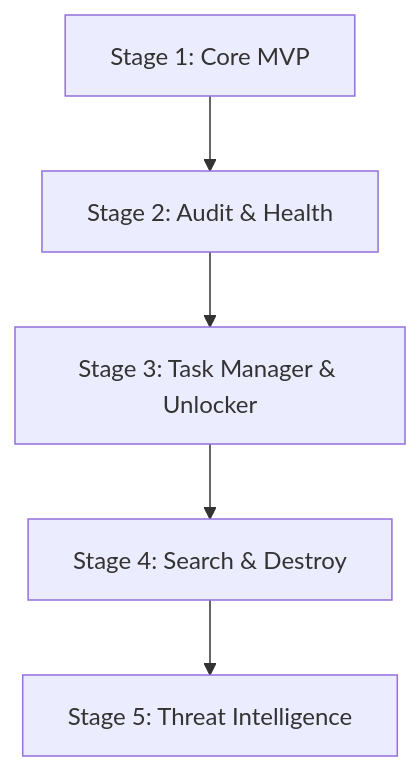
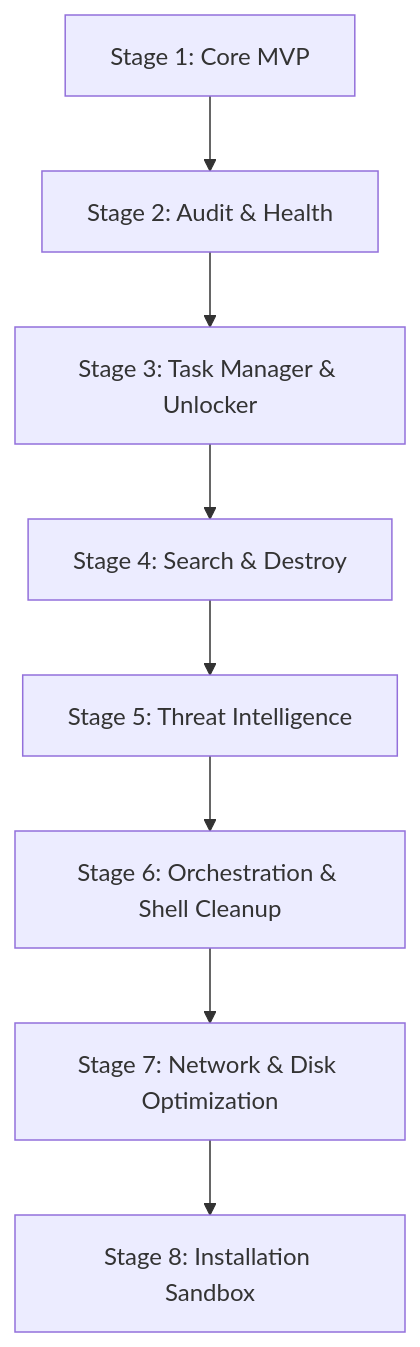
The diagram in docs/roadmap.md (QuantumMonkey/Vanish), drawn with Mermaid before and after one commit. The commit also changed other lines of this file, not shown here.

Commit message:
docs: Update roadmap with final orchestration, optimization, and sandboxing stages

````diff
--- a/docs/roadmap.md
+++ b/docs/roadmap.md
@@ -9,7 +9,10 @@
 ```mermaid
 graph TD
     P1[Stage 1: Core MVP] --> P2[Stage 2: Audit & Health]
     P2 --> P3[Stage 3: Task Manager & Unlocker]
     P3 --> P4[Stage 4: Search & Destroy]
     P4 --> P5[Stage 5: Threat Intelligence]
+    P5 --> P6[Stage 6: Orchestration & Shell Cleanup]
+    P6 --> P7[Stage 7: Network & Disk Optimization]
+    P7 --> P8[Stage 8: Installation Sandbox]
 ```
````
